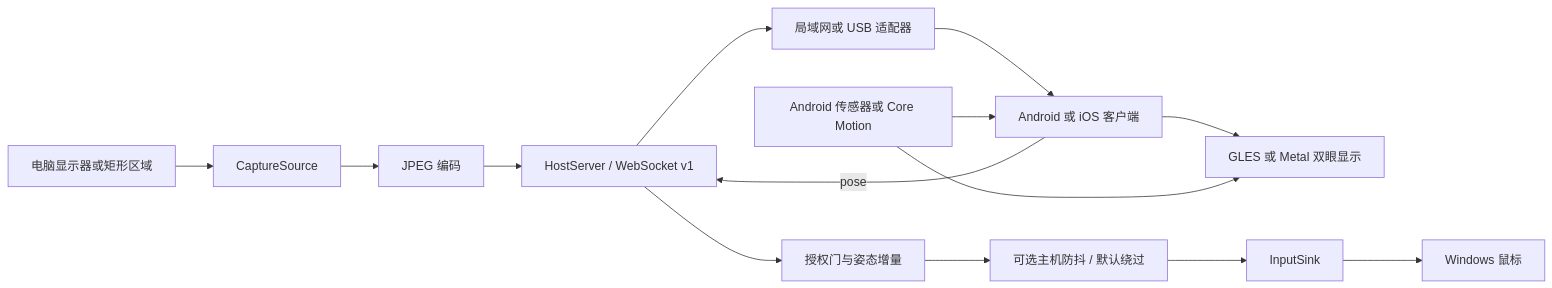
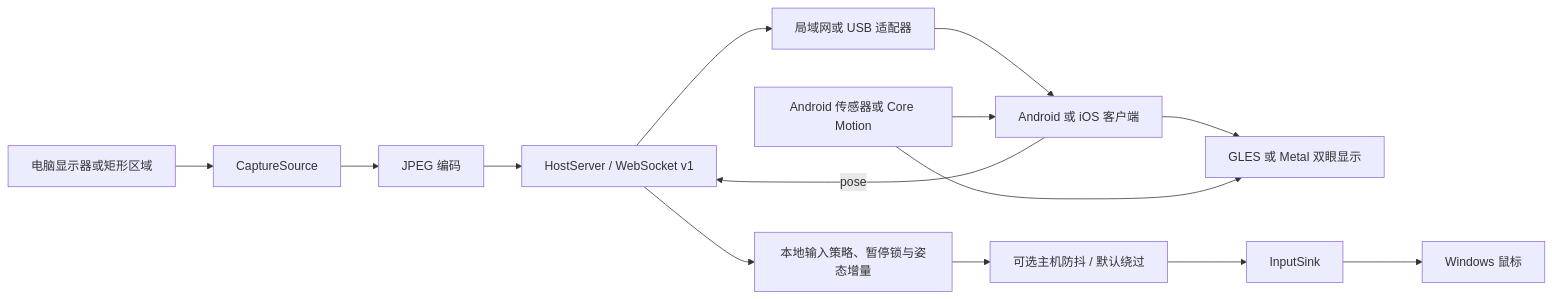
Before and after one commit to LexZeon/VRization: the second of 2 diagrams in docs/ARCHITECTURE.md, drawn with Mermaid. The commit also changed other lines of this file and 45 other files, not shown here.

````diff
--- a/docs/ARCHITECTURE.md
+++ b/docs/ARCHITECTURE.md
@@ -174,16 +182,16 @@
 ```mermaid
 flowchart LR
     A[电脑显示器或矩形区域] --> B[CaptureSource]
     B --> C[JPEG 编码]
     C --> D[HostServer / WebSocket v1]
     D --> T[局域网或 USB 适配器]
     T --> E[Android 或 iOS 客户端]
     E --> F[GLES 或 Metal 双眼显示]
     G[Android 传感器或 Core Motion] --> F
     G --> E
     E -->|pose| D
-    D --> H[授权门与姿态增量]
+    D --> H[本地输入策略、暂停锁与姿态增量]
     H --> S[可选主机防抖 / 默认绕过]
     S --> I[InputSink]
     I --> J[Windows 鼠标]
 ```
````
